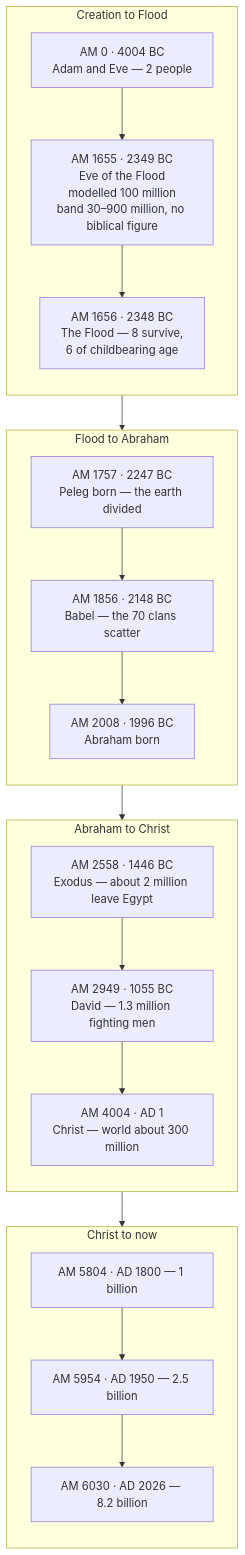
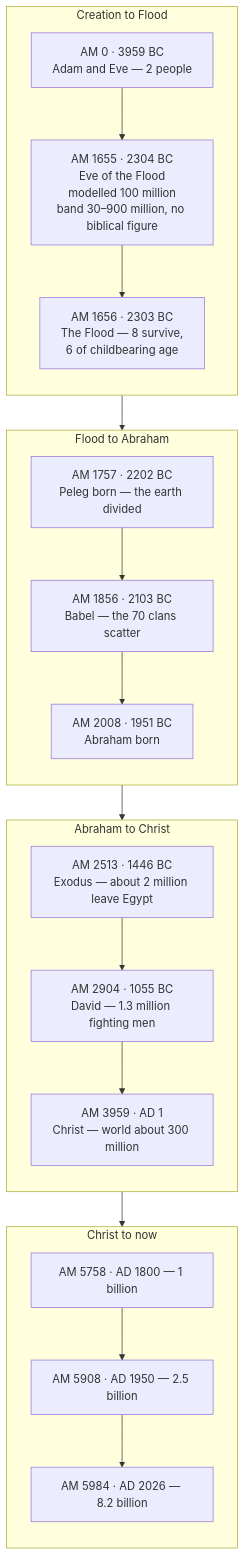
The first of 3 diagrams in docs/content/god/world-population-declares-gods-creation-and-biblical-truth.md (ding0t/bible_studies), drawn with Mermaid before and after one commit. The commit also changed other lines of this file and 35 other files, not shown here.

````diff
--- a/docs/content/god/world-population-declares-gods-creation-and-biblical-truth.md
+++ b/docs/content/god/world-population-declares-gods-creation-and-biblical-truth.md
@@ -386,26 +386,26 @@
 ```mermaid
 flowchart TD
     subgraph a["Creation to Flood"]
       direction TB
-      A["AM 0 · 4004 BC<br/>Adam and Eve — 2 people"] --> B["AM 1655 · 2349 BC<br/>Eve of the Flood<br/>modelled 100 million<br/>band 30–900 million, no biblical figure"]
-      B --> C["AM 1656 · 2348 BC<br/>The Flood — 8 survive,<br/>6 of childbearing age"]
+      A["AM 0 · 3959 BC<br/>Adam and Eve — 2 people"] --> B["AM 1655 · 2304 BC<br/>Eve of the Flood<br/>modelled 100 million<br/>band 30–900 million, no biblical figure"]
+      B --> C["AM 1656 · 2303 BC<br/>The Flood — 8 survive,<br/>6 of childbearing age"]
     end
     subgraph b["Flood to Abraham"]
       direction TB
-      D["AM 1757 · 2247 BC<br/>Peleg born — the earth divided"] --> E["AM 1856 · 2148 BC<br/>Babel — the 70 clans scatter"]
-      E --> F["AM 2008 · 1996 BC<br/>Abraham born"]
+      D["AM 1757 · 2202 BC<br/>Peleg born — the earth divided"] --> E["AM 1856 · 2103 BC<br/>Babel — the 70 clans scatter"]
+      E --> F["AM 2008 · 1951 BC<br/>Abraham born"]
     end
     subgraph c["Abraham to Christ"]
       direction TB
-      G["AM 2558 · 1446 BC<br/>Exodus — about 2 million leave Egypt"] --> H["AM 2949 · 1055 BC<br/>David — 1.3 million fighting men"]
-      H --> I["AM 4004 · AD 1<br/>Christ — world about 300 million"]
+      G["AM 2513 · 1446 BC<br/>Exodus — about 2 million leave Egypt"] --> H["AM 2904 · 1055 BC<br/>David — 1.3 million fighting men"]
+      H --> I["AM 3959 · AD 1<br/>Christ — world about 300 million"]
     end
     subgraph d["Christ to now"]
       direction TB
-      J["AM 5804 · AD 1800 — 1 billion"] --> K["AM 5954 · AD 1950 — 2.5 billion"]
-      K --> L["AM 6030 · AD 2026 — 8.2 billion"]
+      J["AM 5758 · AD 1800 — 1 billion"] --> K["AM 5908 · AD 1950 — 2.5 billion"]
+      K --> L["AM 5984 · AD 2026 — 8.2 billion"]
     end
     a --> b
     b --> c
     c --> d
 ```
````
